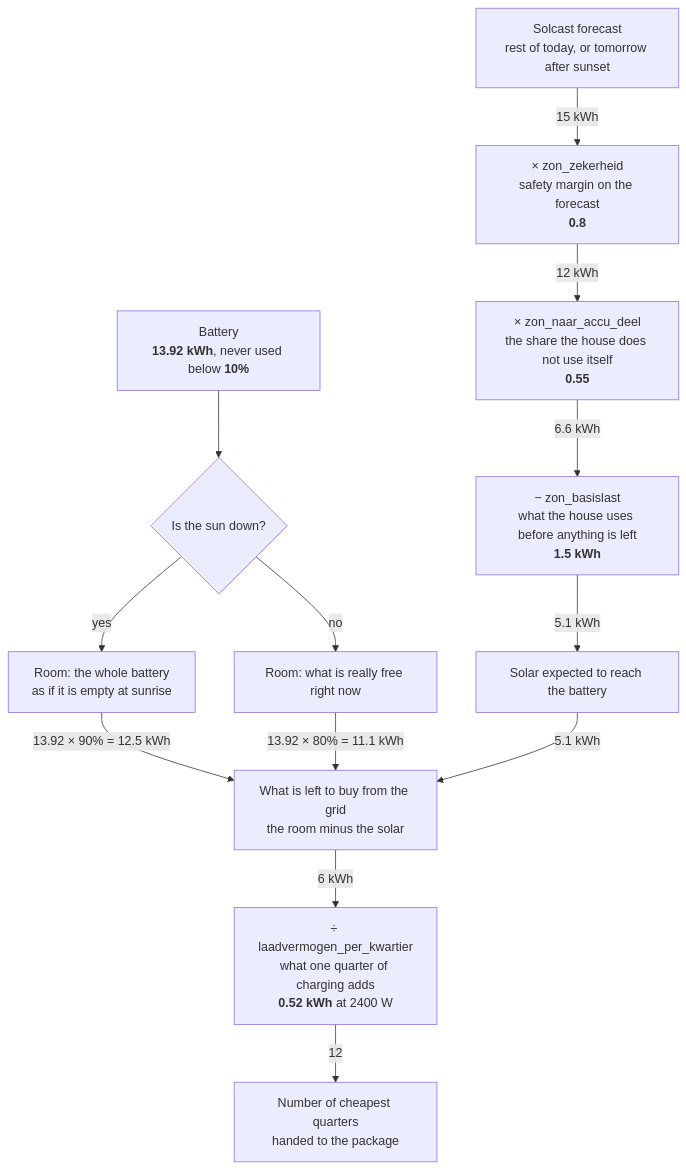
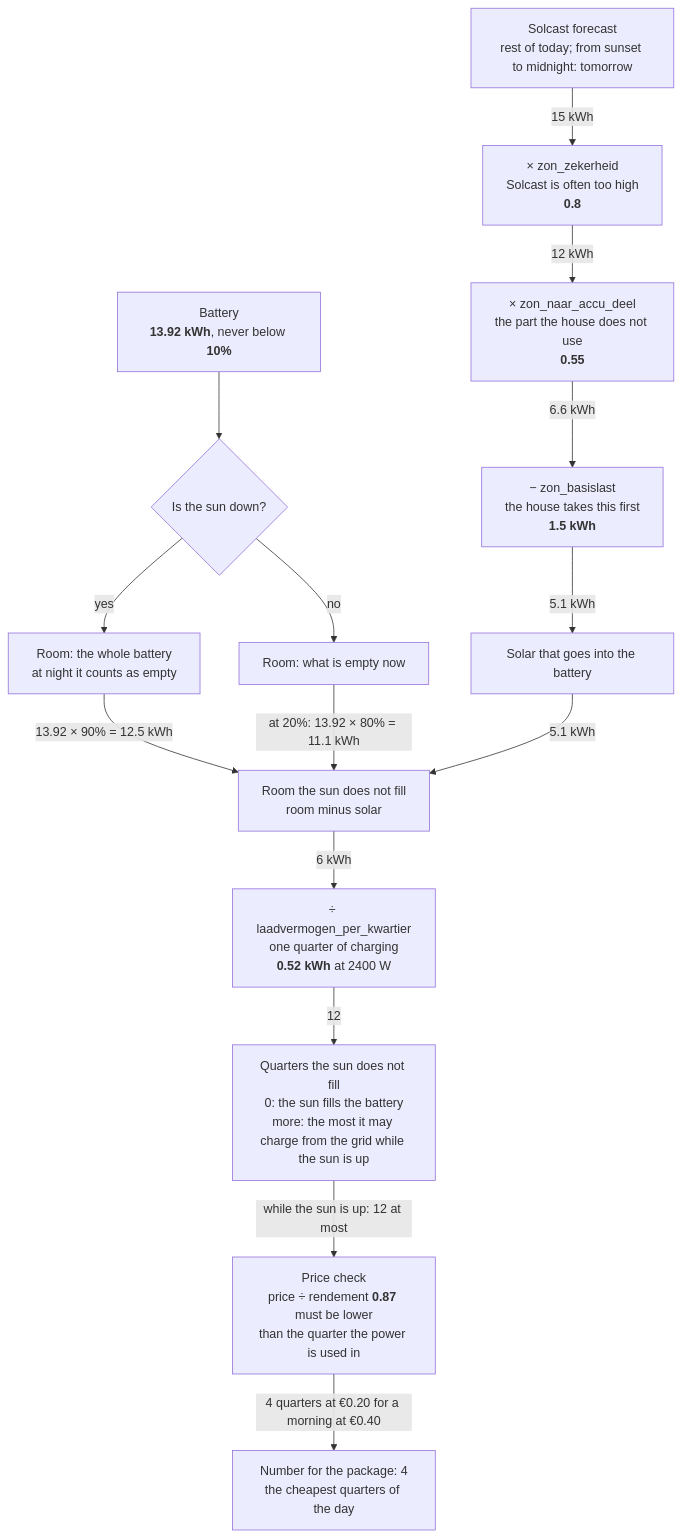
Before and after one commit to christianvaes/home-assistant: the diagram in automations/README.md, drawn with Mermaid. The commit also changed other lines of this file and 1 other file, not shown here.

First line of the commit message:
Cover the most expensive quarters and charge only when that is cheaper

````diff
--- a/automations/README.md
+++ b/automations/README.md
@@ -81,15 +43,17 @@
 ```mermaid
 flowchart TD
-    F["Solcast forecast<br>rest of today, or tomorrow after sunset"] -->|15 kWh| M["× zon_zekerheid<br>safety margin on the forecast<br><b>0.8</b>"]
-    M -->|12 kWh| S["× zon_naar_accu_deel<br>the share the house does not use itself<br><b>0.55</b>"]
-    S -->|6.6 kWh| B["− zon_basislast<br>what the house uses before anything is left<br><b>1.5 kWh</b>"]
-    B -->|5.1 kWh| E["Solar expected to reach the battery"]
-    C["Battery<br><b>13.92 kWh</b>, never used below <b>10%</b>"] --> D{"Is the sun down?"}
-    D -->|yes| R1["Room: the whole battery<br>as if it is empty at sunrise"]
-    D -->|no| R2["Room: what is really free right now"]
+    F["Solcast forecast<br>rest of today; from sunset to midnight: tomorrow"] -->|15 kWh| M["× zon_zekerheid<br>Solcast is often too high<br><b>0.8</b>"]
+    M -->|12 kWh| S["× zon_naar_accu_deel<br>the part the house does not use<br><b>0.55</b>"]
+    S -->|6.6 kWh| B["− zon_basislast<br>the house takes this first<br><b>1.5 kWh</b>"]
+    B -->|5.1 kWh| E["Solar that goes into the battery"]
+    C["Battery<br><b>13.92 kWh</b>, never below <b>10%</b>"] --> D{"Is the sun down?"}
+    D -->|yes| R1["Room: the whole battery<br>at night it counts as empty"]
+    D -->|no| R2["Room: what is empty now"]
     R1 -->|"13.92 × 90% = 12.5 kWh"| N
-    R2 -->|"13.92 × 80% = 11.1 kWh"| N
-    E -->|5.1 kWh| N["What is left to buy from the grid<br>the room minus the solar"]
-    N -->|6 kWh| Q["÷ laadvermogen_per_kwartier<br>what one quarter of charging adds<br><b>0.52 kWh</b> at 2400 W"]
-    Q -->|12| X["Number of cheapest quarters<br>handed to the package"]
+    R2 -->|"at 20%: 13.92 × 80% = 11.1 kWh"| N
+    E -->|5.1 kWh| N["Room the sun does not fill<br>room minus solar"]
+    N -->|6 kWh| Q["÷ laadvermogen_per_kwartier<br>one quarter of charging<br><b>0.52 kWh</b> at 2400 W"]
+    Q -->|12| X["Quarters the sun does not fill<br>0: the sun fills the battery<br>more: the most it may charge from the grid while the sun is up"]
+    X -->|"while the sun is up: 12 at most"| K["Price check<br>price ÷ rendement <b>0.87</b> must be lower<br>than the quarter the power is used in"]
+    K -->|"4 quarters at €0.20 for a morning at €0.40"| P["Number for the package: 4<br>the cheapest quarters of the day"]
 ```
````
